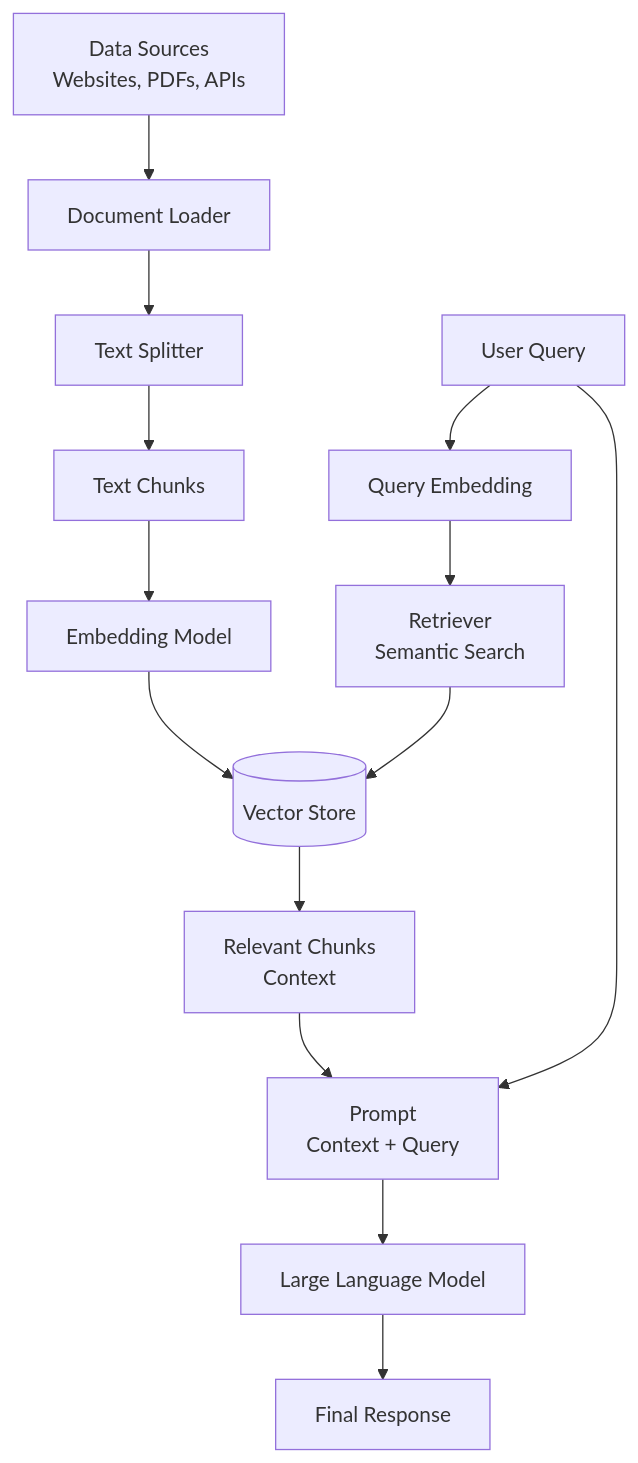
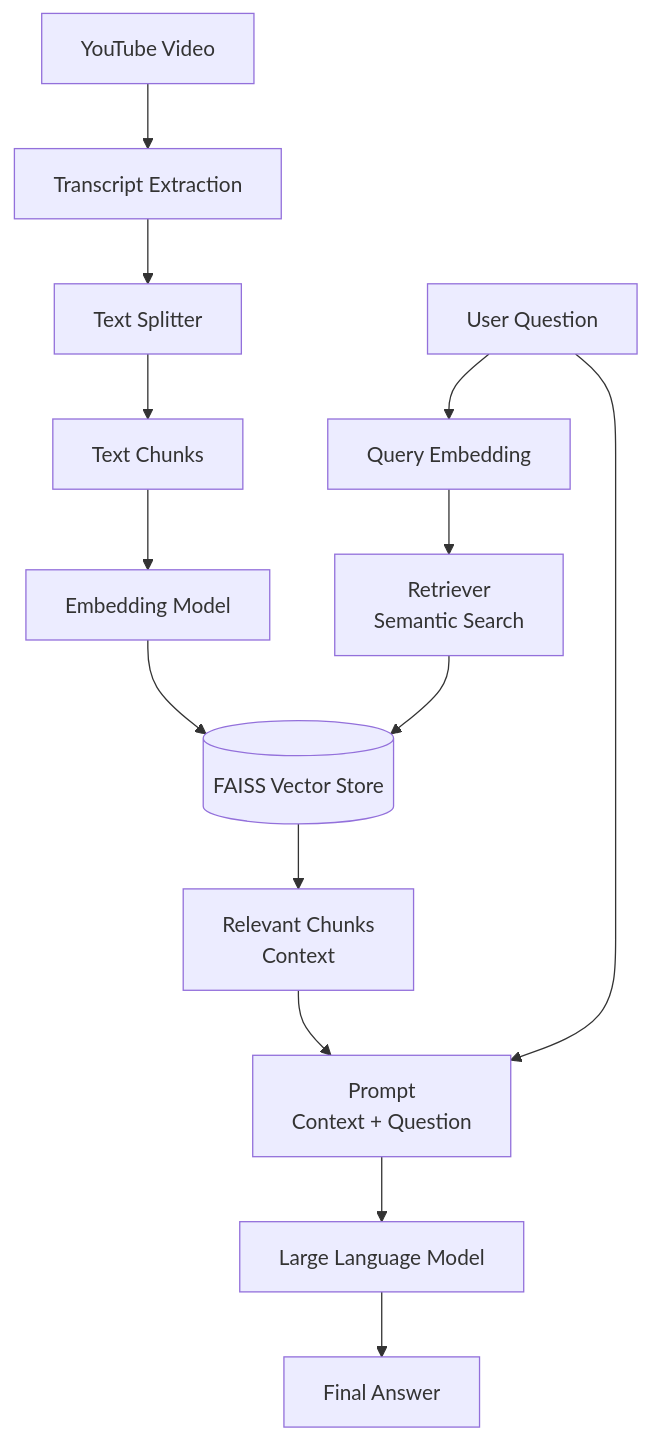
The diagram in README.md (priyanshsingh11/youtube-chat), drawn with Mermaid before and after one commit. The commit also changed other lines of this file, not shown here.

````diff
--- a/README.md
+++ b/README.md
@@ -11,39 +23,39 @@
 ```mermaid
 flowchart TD
 
-    %% Data Ingestion Phase
-    A[Data Sources\nWebsites, PDFs, APIs]
-    B[Document Loader]
+    %% Ingestion Phase
+    A[YouTube Video]
+    B[Transcript Extraction]
     C[Text Splitter]
     D[Text Chunks]
     E[Embedding Model]
-    F[(Vector Store)]
+    F[(FAISS Vector Store)]
 
     A --> B
     B --> C
     C --> D
     D --> E
     E --> F
 
-    %% Query Processing Phase
-    Q[User Query]
+    %% Query Phase
+    Q[User Question]
     QE[Query Embedding]
     R[Retriever\nSemantic Search]
     CXT[Relevant Chunks\nContext]
 
     Q --> QE
     QE --> R
     R --> F
     F --> CXT
 
-    %% Response Generation Phase
-    P[Prompt\nContext + Query]
+    %% LLM Phase
+    P[Prompt\nContext + Question]
     LLM[Large Language Model]
-    RES[Final Response]
+    RES[Final Answer]
 
     CXT --> P
     Q --> P
     P --> LLM
     LLM --> RES
 
 ```
````
